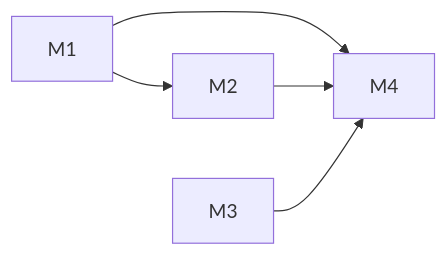
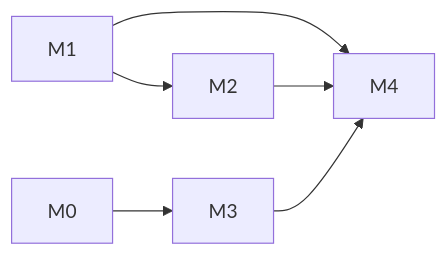
The diagram in docs/baton/DEPENDENCIES.md (MohamedGamil/MapX), drawn with Mermaid before and after one commit. The commit also changed other lines of this file and 13 other files, not shown here.

````diff
--- a/docs/baton/DEPENDENCIES.md
+++ b/docs/baton/DEPENDENCIES.md
@@ -5,7 +5,8 @@
 ```mermaid
 flowchart LR
   M1 --> M2
+  M0 --> M3
   M1 --> M4
   M2 --> M4
   M3 --> M4
 ```
````
